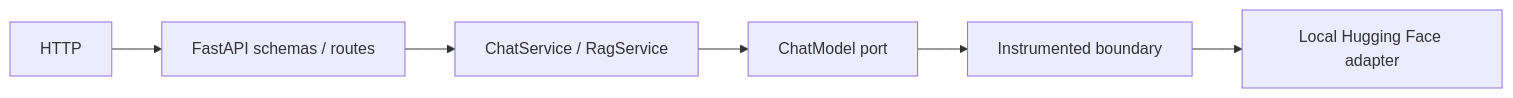
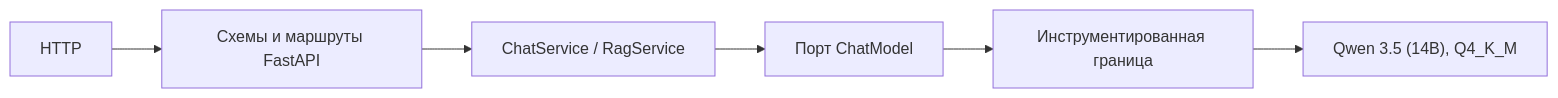
One commit to fazzilka/AI_Engineer_template changed the first of 3 diagrams in docs/architecture.md. Above: the diagram before and after it, drawn with Mermaid. The commit also changed other lines of this file and 3 other files, not shown here.

````diff
--- a/docs/architecture.md
+++ b/docs/architecture.md
@@ -17,8 +29,8 @@
 ```mermaid
 flowchart LR
-    HTTP["HTTP"] --> API["FastAPI schemas / routes"]
+    HTTP["HTTP"] --> API["Схемы и маршруты FastAPI"]
     API --> CHAT["ChatService / RagService"]
-    CHAT --> PORT["ChatModel port"]
-    PORT --> METRICS["Instrumented boundary"]
-    METRICS --> HF["Local Hugging Face adapter"]
+    CHAT --> PORT["Порт ChatModel"]
+    PORT --> METRICS["Инструментированная граница"]
+    METRICS --> QWEN["Qwen 3.5 (14B), Q4_K_M"]
 ```
````
